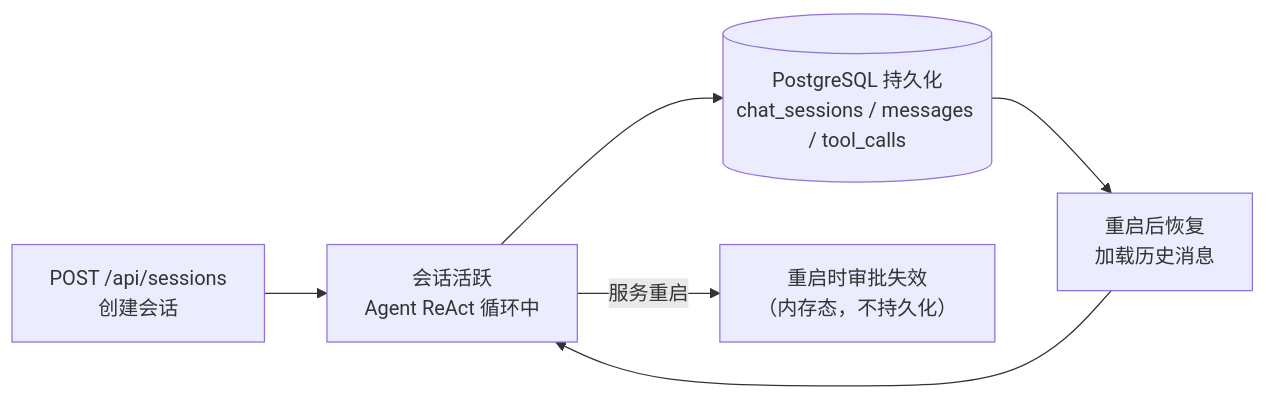
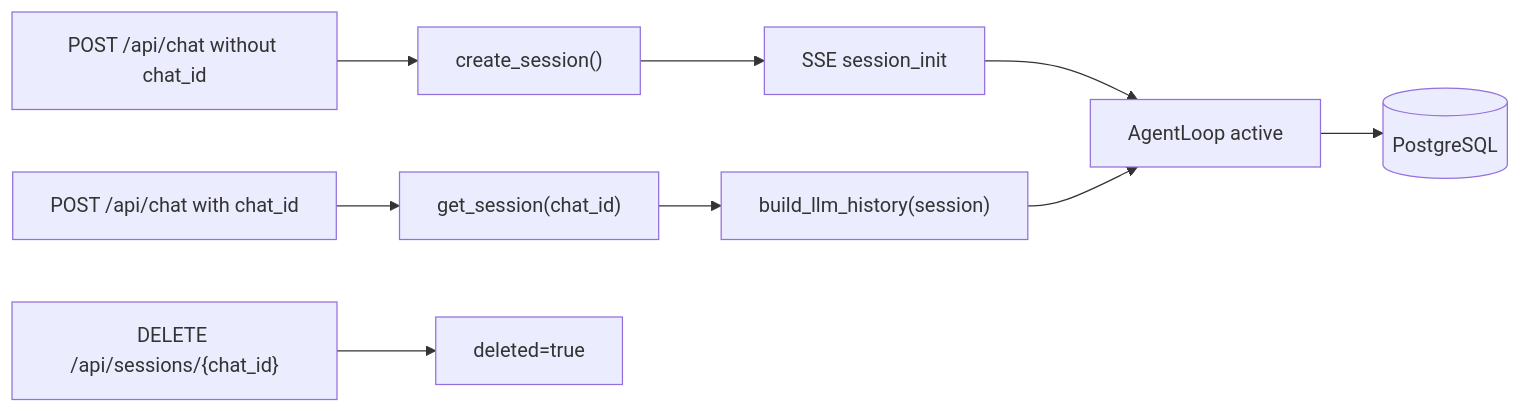
Before and after one commit to nazzeDe/alascup-agent: diagram 11 of 13 in web-server/graph.md, drawn with Mermaid. The commit also changed other lines of this file and 21 other files, not shown here.

````diff
--- a/web-server/graph.md
+++ b/web-server/graph.md
@@ -515,16 +348,11 @@
 ```mermaid
 flowchart LR
-    %% 声明
-    create_session["POST /api/sessions<br/>创建会话"]
-    active["会话活跃<br/>Agent ReAct 循环中"]
-    persist[("PostgreSQL 持久化<br/>chat_sessions / messages / tool_calls")]
-    restore["重启后恢复<br/>加载历史消息"]
-    expire_pending["重启时审批失效<br/>（内存态，不持久化）"]
-
-    %% 连线
-    create_session --> active
-    active --> persist
-    persist --> restore
-    restore --> active
-    active -- "服务重启" --> expire_pending
+    new_msg["POST /api/chat without chat_id"] --> create["create_session()"]
+    create --> session_init["SSE session_init"]
+    session_init --> active["AgentLoop active"]
+    active --> persist[("PostgreSQL")]
+    next_msg["POST /api/chat with chat_id"] --> load["get_session(chat_id)"]
+    load --> history["build_llm_history(session)"]
+    history --> active
+    delete["DELETE /api/sessions/{chat_id}"] --> soft["deleted=true"]
 ```
````
